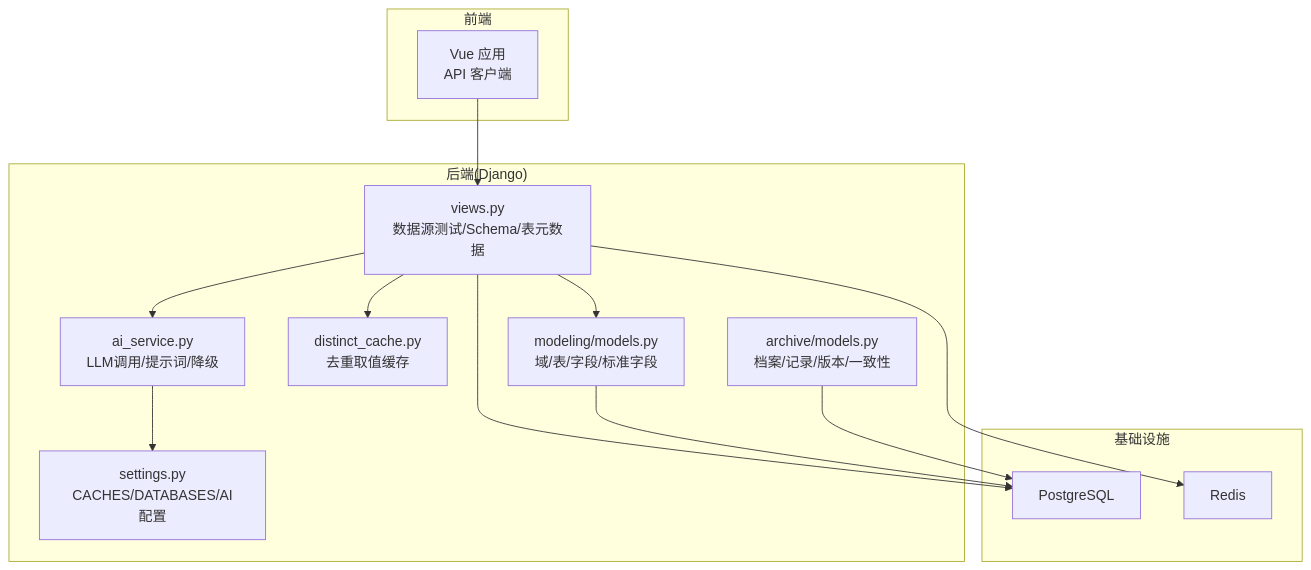
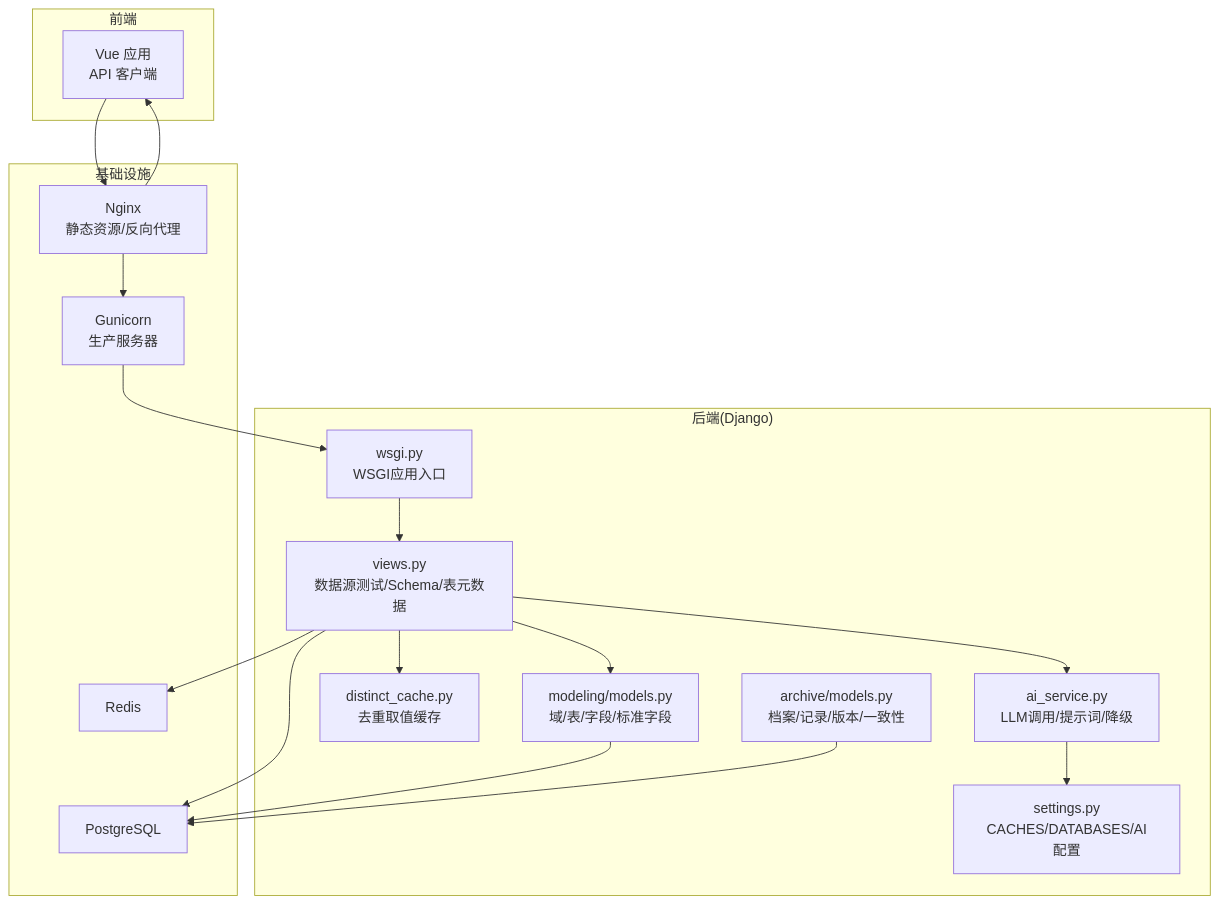
The first of 10 diagrams in .qoder/repowiki/zh/content/故障排查.md (zyp-coder/Metadata), drawn with Mermaid before and after one commit. The commit also changed other lines of this file and 42 other files, not shown here.

````diff
--- a/.qoder/repowiki/zh/content/故障排查.md
+++ b/.qoder/repowiki/zh/content/故障排查.md
@@ -37,27 +50,34 @@
 ```mermaid
 graph TB
 subgraph "前端"
 FE["Vue 应用<br/>API 客户端"]
 end
 subgraph "后端(Django)"
 CFG["settings.py<br/>CACHES/DATABASES/AI配置"]
 VIEWS["views.py<br/>数据源测试/Schema/表元数据"]
 AI["ai_service.py<br/>LLM调用/提示词/降级"]
 DC["distinct_cache.py<br/>去重取值缓存"]
 M1["modeling/models.py<br/>域/表/字段/标准字段"]
 M2["archive/models.py<br/>档案/记录/版本/一致性"]
+WSGI["wsgi.py<br/>WSGI应用入口"]
 end
 subgraph "基础设施"
 DB["PostgreSQL"]
 REDIS["Redis"]
+Gunicorn["Gunicorn<br/>生产服务器"]
+Nginx["Nginx<br/>静态资源/反向代理"]
 end
-FE --> VIEWS
+FE --> Nginx
+Nginx --> FE
+Nginx --> Gunicorn
+Gunicorn --> WSGI
+WSGI --> VIEWS
 VIEWS --> M1
 VIEWS --> DC
 VIEWS --> AI
 AI --> CFG
 VIEWS --> DB
 VIEWS --> REDIS
 M1 --> DB
 M2 --> DB
 ```
````
